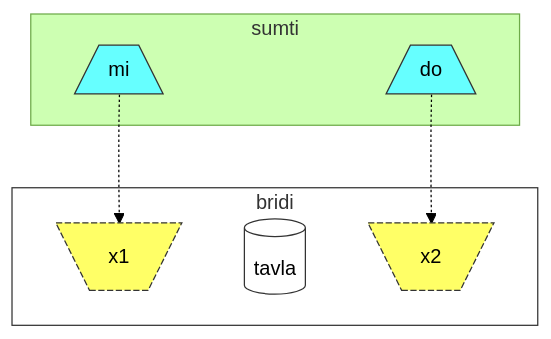
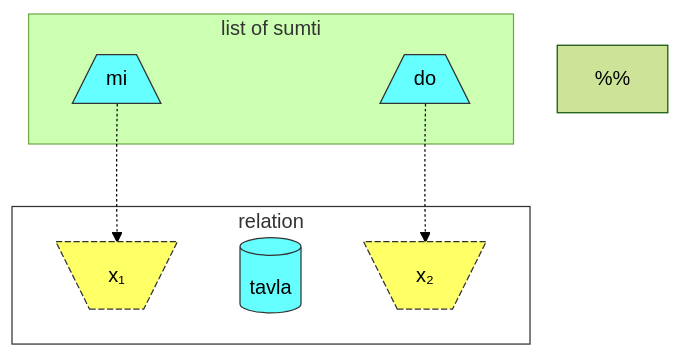
One commit to La-Lojban/lojban.pw changed the second of 2 diagrams in data/pages/articles/!test.md. Above: the diagram before and after it, drawn with Mermaid (forest theme). The commit also changed 3 other files, not shown here.

````diff
--- a/data/pages/articles/!test.md
+++ b/data/pages/articles/!test.md
@@ -52,25 +52,29 @@
 ```mermaid
 flowchart TB
-    subgraph bridi
-        x1[\x1/]
+    %%common settings
+    subgraph bridi["relation"]
+        x1[\"x#8321;"/]
         selbri
-        x2[\x2/]
+        x2[\"x#8322;"/]
     end
-    subgraph sumti
+    subgraph sumti["list of sumti"]
         s1-.->x1
         s2-.->x2
     end
-
+    classDef s fill:#6ff,stroke:#333,stroke-width:1px;
+    class s1 s;
+    class s2 s;
+    class selbri s;
+    classDef x fill:#ff6,stroke:#333,stroke-width:1px,stroke-dasharray: 5 2;
+    class x1 x;
+    class x2 x;
+    style bridi fill:#fff,stroke:#333
+    
+    %%
     %% input your sumti:
     s1[/mi\]
     s2[/do\]
     %% input your selbri
     selbri[(tavla)]
 
-    style s1 fill:#6ff,stroke:#333,stroke-width:1px
-    style s2 fill:#6ff,stroke:#333,stroke-width:1px
-    style selbri fill:#fff,stroke:#333,stroke-width:1px
-    style x1 fill:#ff6,stroke:#333,stroke-dasharray: 5 2
-    style x2 fill:#ff6,stroke:#333,stroke-dasharray: 5 2
-    style bridi fill:#fff,stroke:#333
 ```
````
